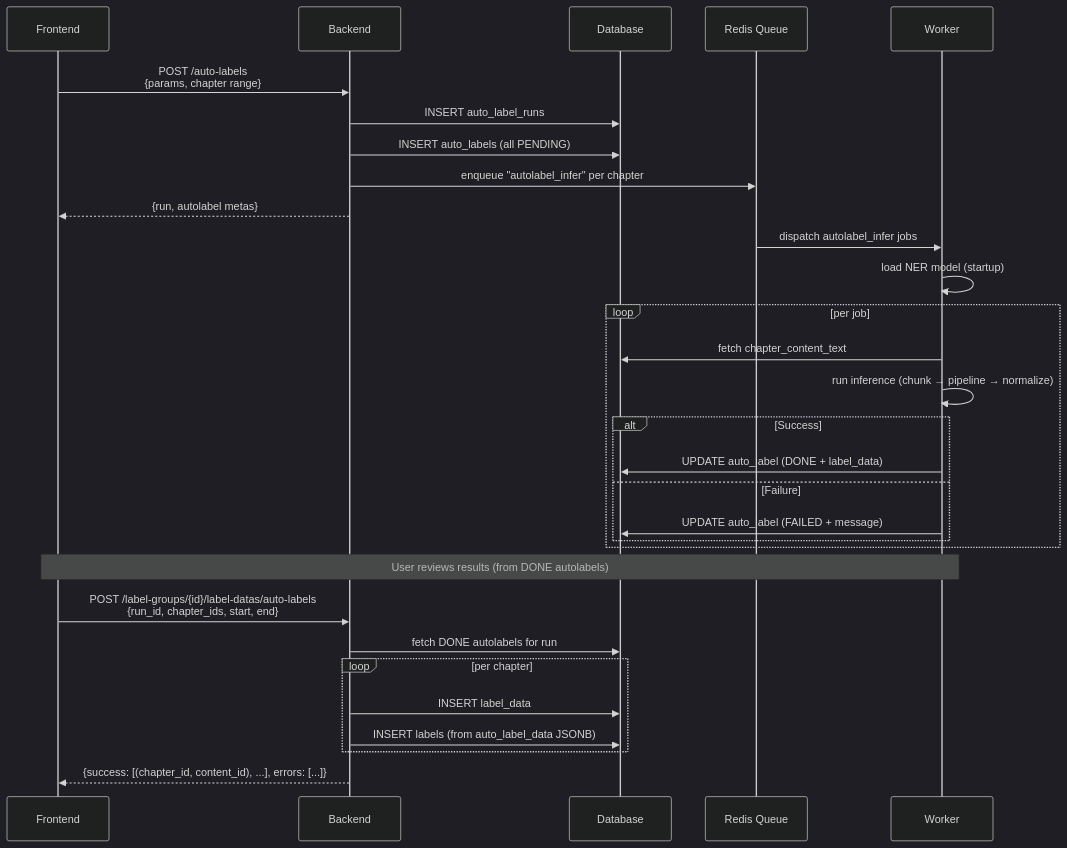
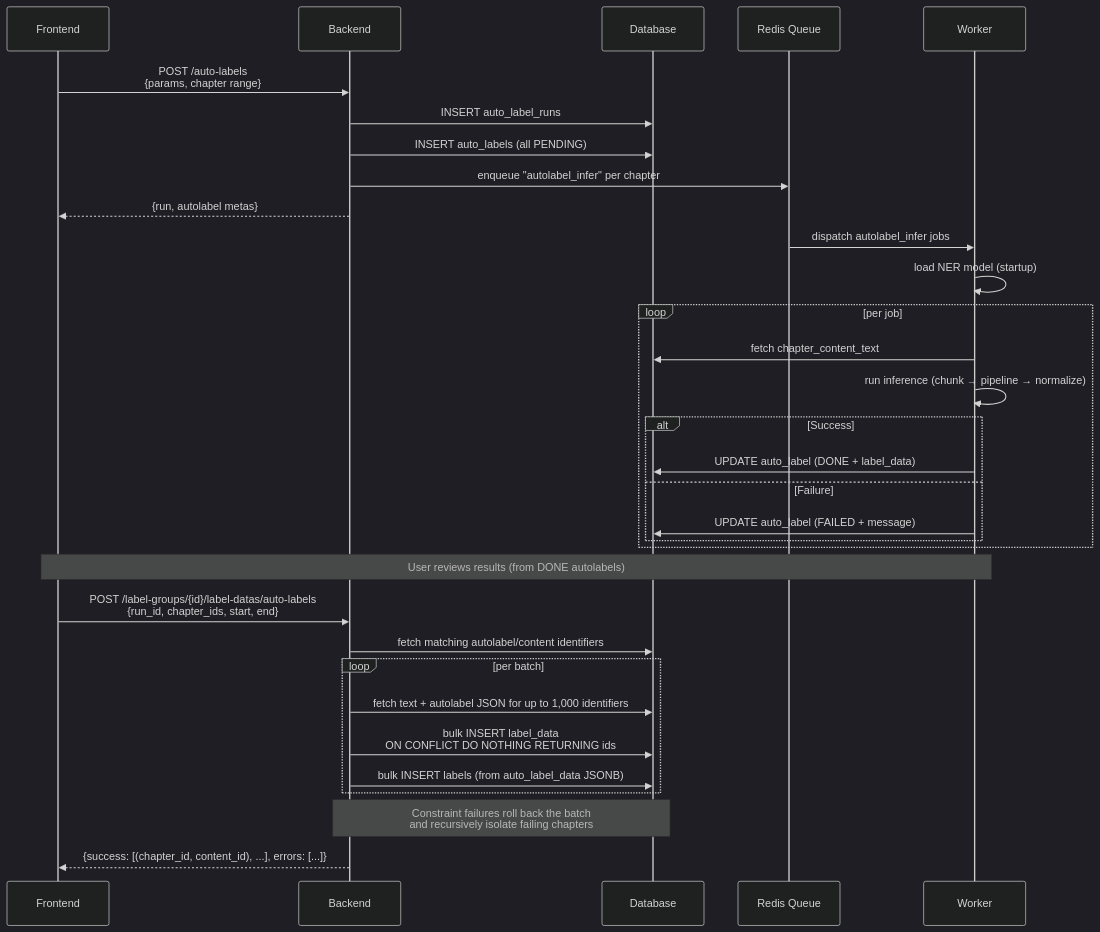
The diagram in docs/autolabels.md (lzguan/noveltl), drawn with Mermaid before and after one commit. The commit also changed 5 other files, not shown here.

````diff
--- a/docs/autolabels.md
+++ b/docs/autolabels.md
@@ -19,38 +19,40 @@
 ```mermaid
 %%{init: {'theme': 'dark', 'themeVariables': { 'primaryColor': '#1e293b', 'primaryTextColor': '#e2e8f0', 'primaryBorderColor': '#334155', 'lineColor': '#94a3b8', 'secondaryColor': '#0f172a', 'tertiaryColor': '#1e293b'}}}%%
 sequenceDiagram
     participant F as Frontend
     participant B as Backend
     participant D as Database
     participant Q as Redis Queue
     participant W as Worker
 
 
     F->>B: POST /auto-labels<br/>{params, chapter range}
     B->>D: INSERT auto_label_runs
     B->>D: INSERT auto_labels (all PENDING)
     B->>Q: enqueue "autolabel_infer" per chapter
     B-->>F: {run, autolabel metas}
 
     Q->>W: dispatch autolabel_infer jobs
     W->>W: load NER model (startup)
     loop per job
         W->>D: fetch chapter_content_text
         W->>W: run inference (chunk → pipeline → normalize)
         alt Success
             W->>D: UPDATE auto_label (DONE + label_data)
         else Failure
             W->>D: UPDATE auto_label (FAILED + message)
         end
     end
 
     Note over F,W: User reviews results (from DONE autolabels)
 
     F->>B: POST /label-groups/{id}/label-datas/auto-labels<br/>{run_id, chapter_ids, start, end}
-    B->>D: fetch DONE autolabels for run
-    loop per chapter
-        B->>D: INSERT label_data
-        B->>D: INSERT labels (from auto_label_data JSONB)
+    B->>D: fetch matching autolabel/content identifiers
+    loop per batch
+        B->>D: fetch text + autolabel JSON for up to 1,000 identifiers
+        B->>D: bulk INSERT label_data<br/>ON CONFLICT DO NOTHING RETURNING ids
+        B->>D: bulk INSERT labels (from auto_label_data JSONB)
     end
+    Note over B,D: Constraint failures roll back the batch<br/>and recursively isolate failing chapters
     B-->>F: {success: [(chapter_id, content_id), ...], errors: [...]}
 ```
````
